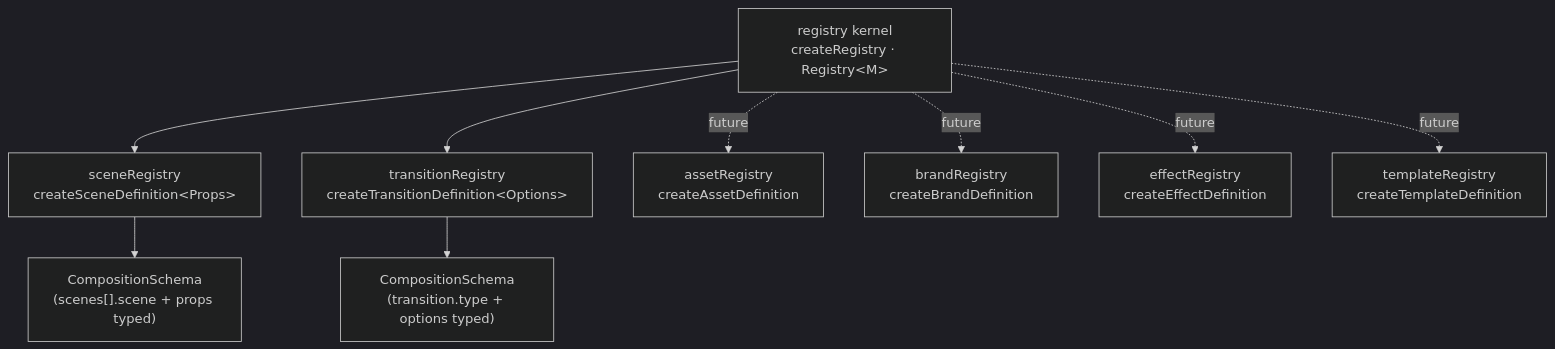
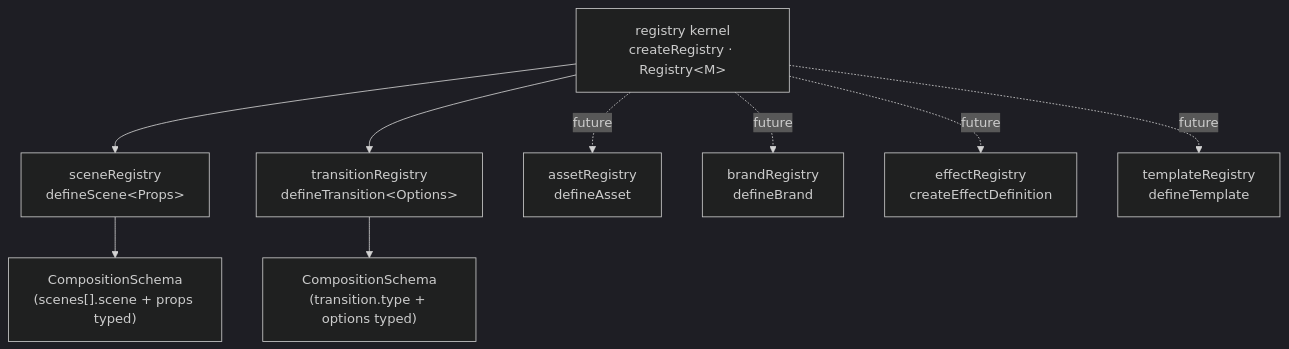
One commit to shanair77/shanairai-ai-studio changed the diagram in docs/REGISTRIES.md. Above: the diagram before and after it, drawn with Mermaid (dark theme). The commit also changed other lines of this file and 20 other files, not shown here.

````diff
--- a/docs/REGISTRIES.md
+++ b/docs/REGISTRIES.md
@@ -17,12 +17,12 @@
 ```mermaid
 graph TD
   KERNEL["registry kernel<br/>createRegistry · Registry&lt;M&gt;"]
-  KERNEL --> SCENES["sceneRegistry<br/>createSceneDefinition&lt;Props&gt;"]
-  KERNEL --> TRANS["transitionRegistry<br/>createTransitionDefinition&lt;Options&gt;"]
-  KERNEL -. future .-> ASSET["assetRegistry<br/>createAssetDefinition"]
-  KERNEL -. future .-> BRAND["brandRegistry<br/>createBrandDefinition"]
+  KERNEL --> SCENES["sceneRegistry<br/>defineScene&lt;Props&gt;"]
+  KERNEL --> TRANS["transitionRegistry<br/>defineTransition&lt;Options&gt;"]
+  KERNEL -. future .-> ASSET["assetRegistry<br/>defineAsset"]
+  KERNEL -. future .-> BRAND["brandRegistry<br/>defineBrand"]
   KERNEL -. future .-> EFFECT["effectRegistry<br/>createEffectDefinition"]
-  KERNEL -. future .-> TEMPLATE["templateRegistry<br/>createTemplateDefinition"]
+  KERNEL -. future .-> TEMPLATE["templateRegistry<br/>defineTemplate"]
   SCENES --> SCHEMA["CompositionSchema<br/>(scenes[].scene + props typed)"]
   TRANS --> SCHEMA2["CompositionSchema<br/>(transition.type + options typed)"]
 ```
````
